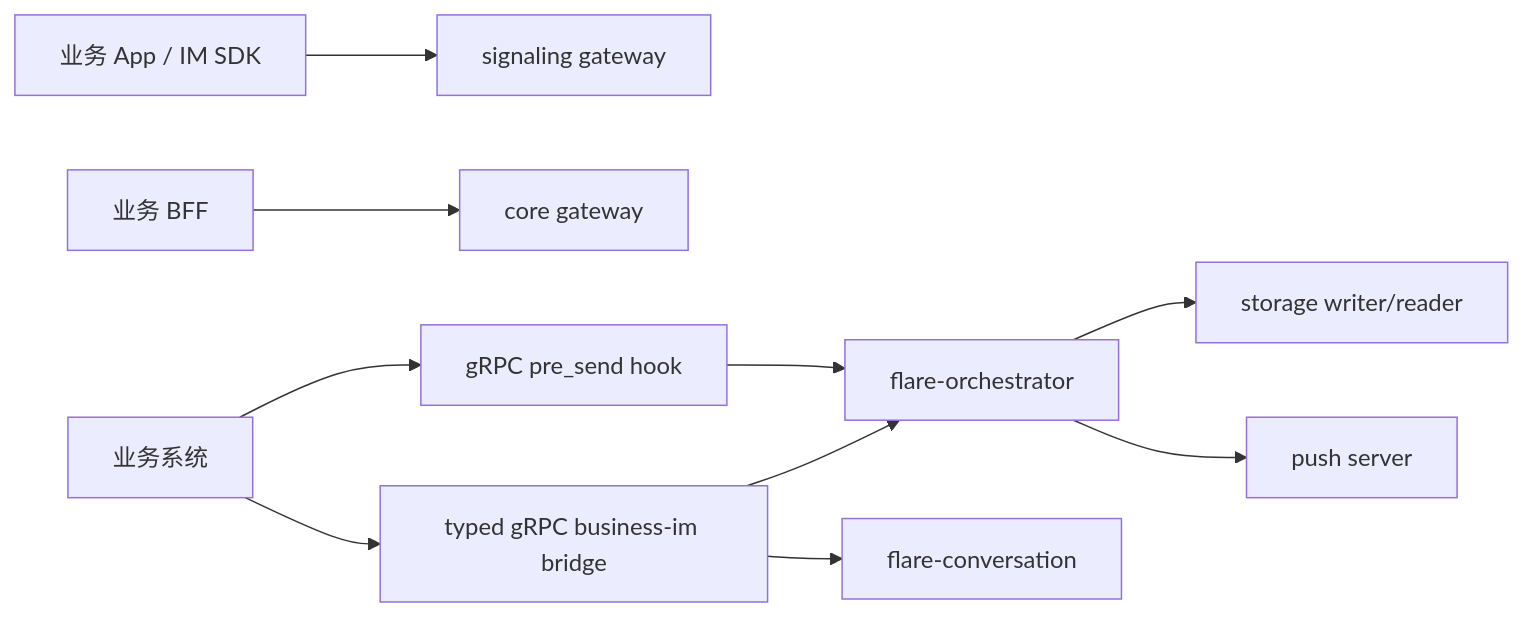
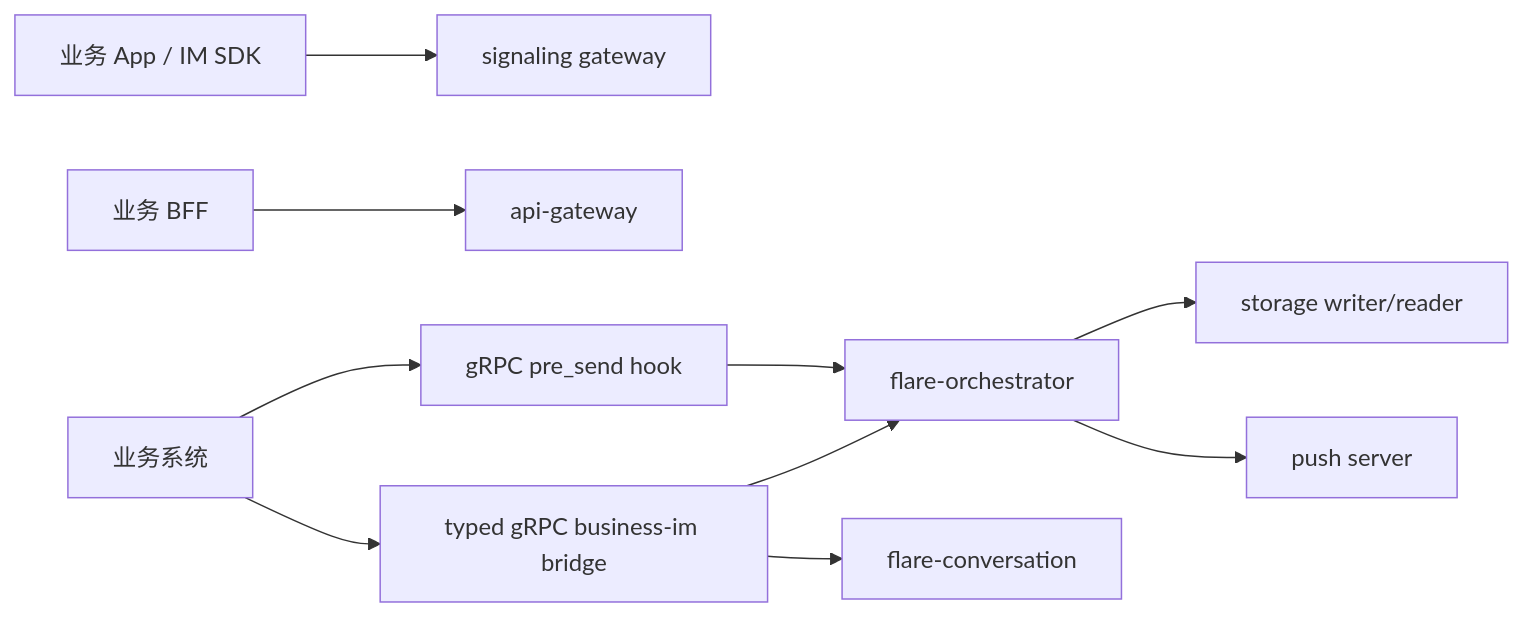
Before and after one commit to flare-im/flare-im-core-server: the first of 4 diagrams in docs/05-business-system-examples.md, drawn with Mermaid. The commit also changed 28 other files, not shown here.

Commit message:
chore(api-gateway): align runtime service identity

````diff
--- a/docs/05-business-system-examples.md
+++ b/docs/05-business-system-examples.md
@@ -18,12 +18,12 @@
 ```mermaid
 flowchart LR
     App["业务 App / IM SDK"] --> SGW["signaling gateway"]
-    BFF["业务 BFF"] --> CGW["core gateway"]
+    BFF["业务 BFF"] --> CGW["api-gateway"]
     Business["业务系统"] --> Hook["gRPC pre_send hook"]
     Business --> Bridge["typed gRPC business-im bridge"]
     Hook --> Orchestrator["flare-orchestrator"]
     Bridge --> Conversation["flare-conversation"]
     Bridge --> Orchestrator
     Orchestrator --> Storage["storage writer/reader"]
     Orchestrator --> Push["push server"]
 ```
````
